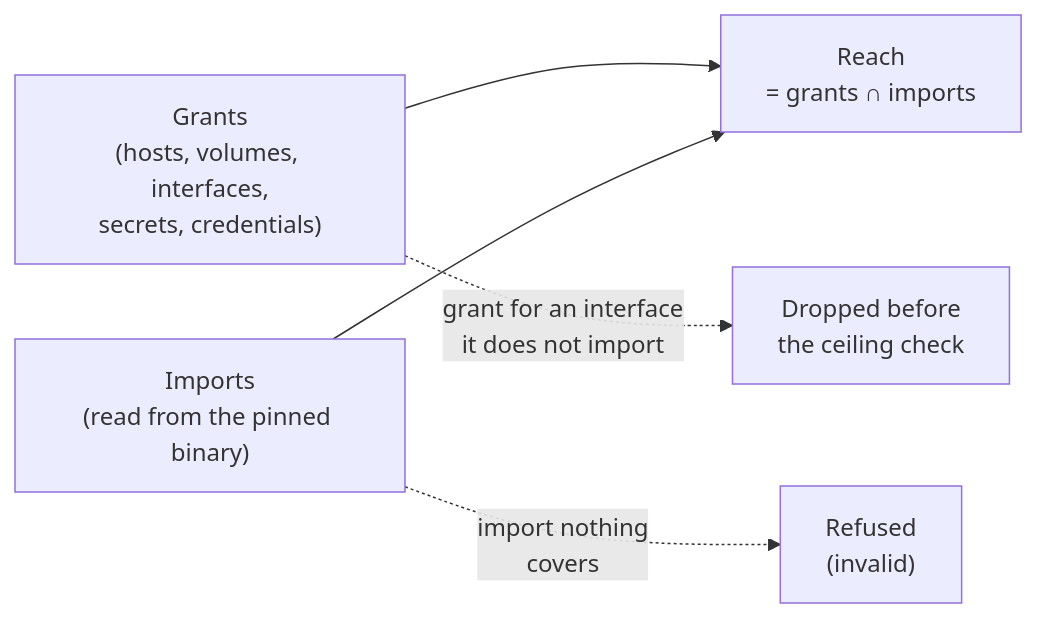
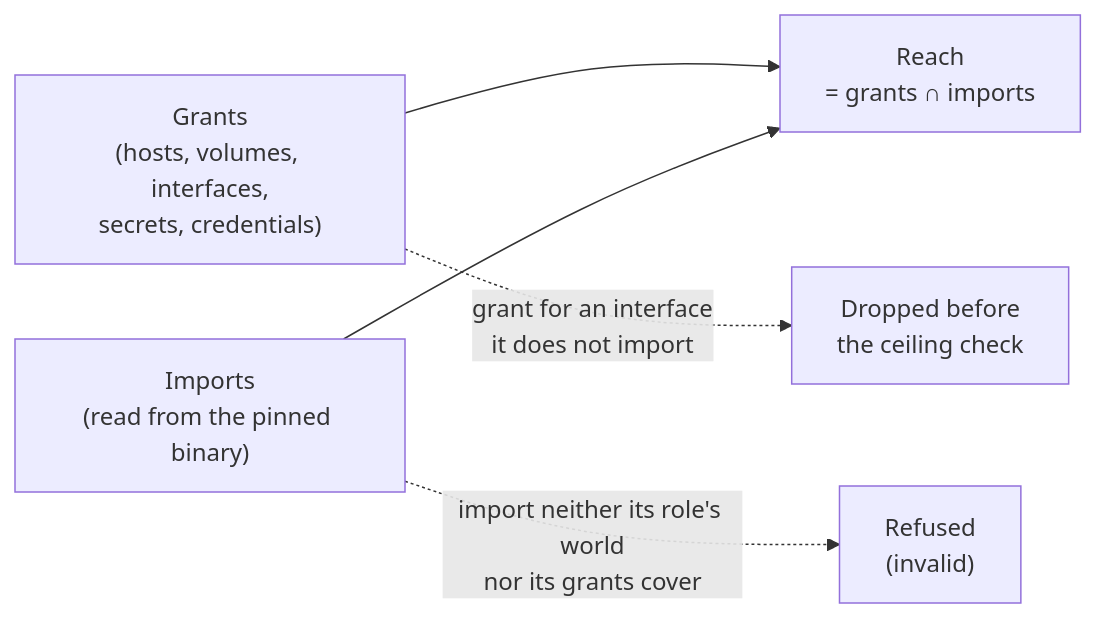
One commit to cosmonic-labs/agent-sdk changed the second of 4 diagrams in wit/cosmonic-agent/docs/spawn/README.md. Above: the diagram before and after it, drawn with Mermaid. The commit also changed other lines of this file and 2 other files, not shown here.

````diff
--- a/wit/cosmonic-agent/docs/spawn/README.md
+++ b/wit/cosmonic-agent/docs/spawn/README.md
@@ -55,12 +55,12 @@
 ```mermaid
 flowchart LR
     grants["Grants<br>(hosts, volumes, interfaces,<br>secrets, credentials)"]
     imports["Imports<br>(read from the pinned binary)"]
     reach["Reach<br>= grants ∩ imports"]
     dropped["Dropped before<br>the ceiling check"]
     refused["Refused<br>(invalid)"]
     grants --> reach
     imports --> reach
     grants -.->|"grant for an interface<br>it does not import"| dropped
-    imports -.->|"import nothing<br>covers"| refused
+    imports -.->|"import neither its role's world<br>nor its grants cover"| refused
 ```
````
